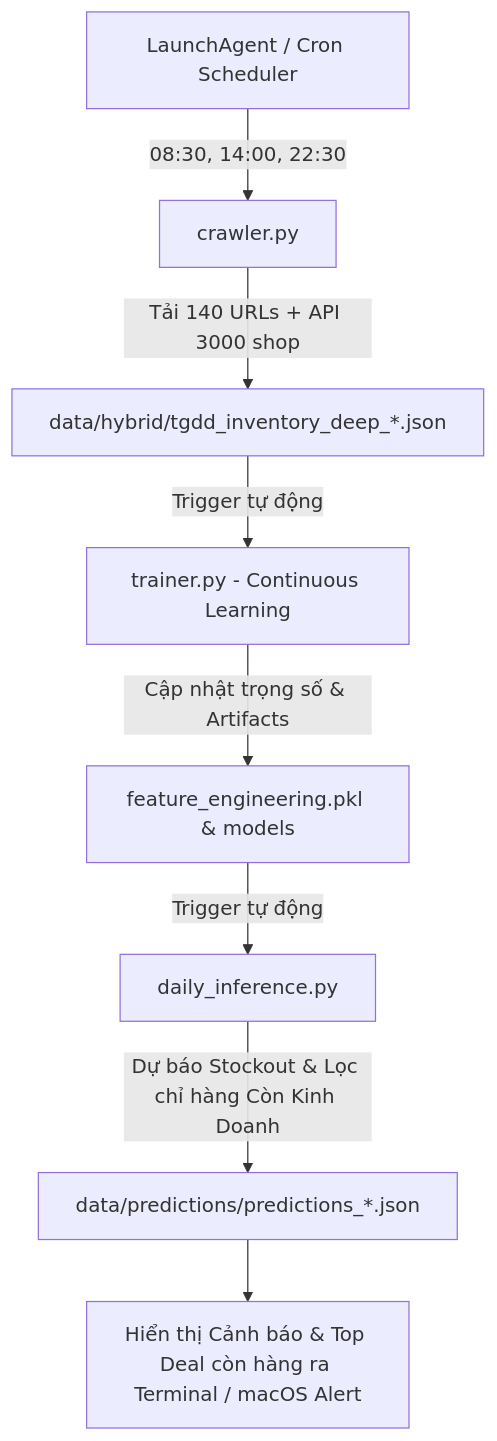
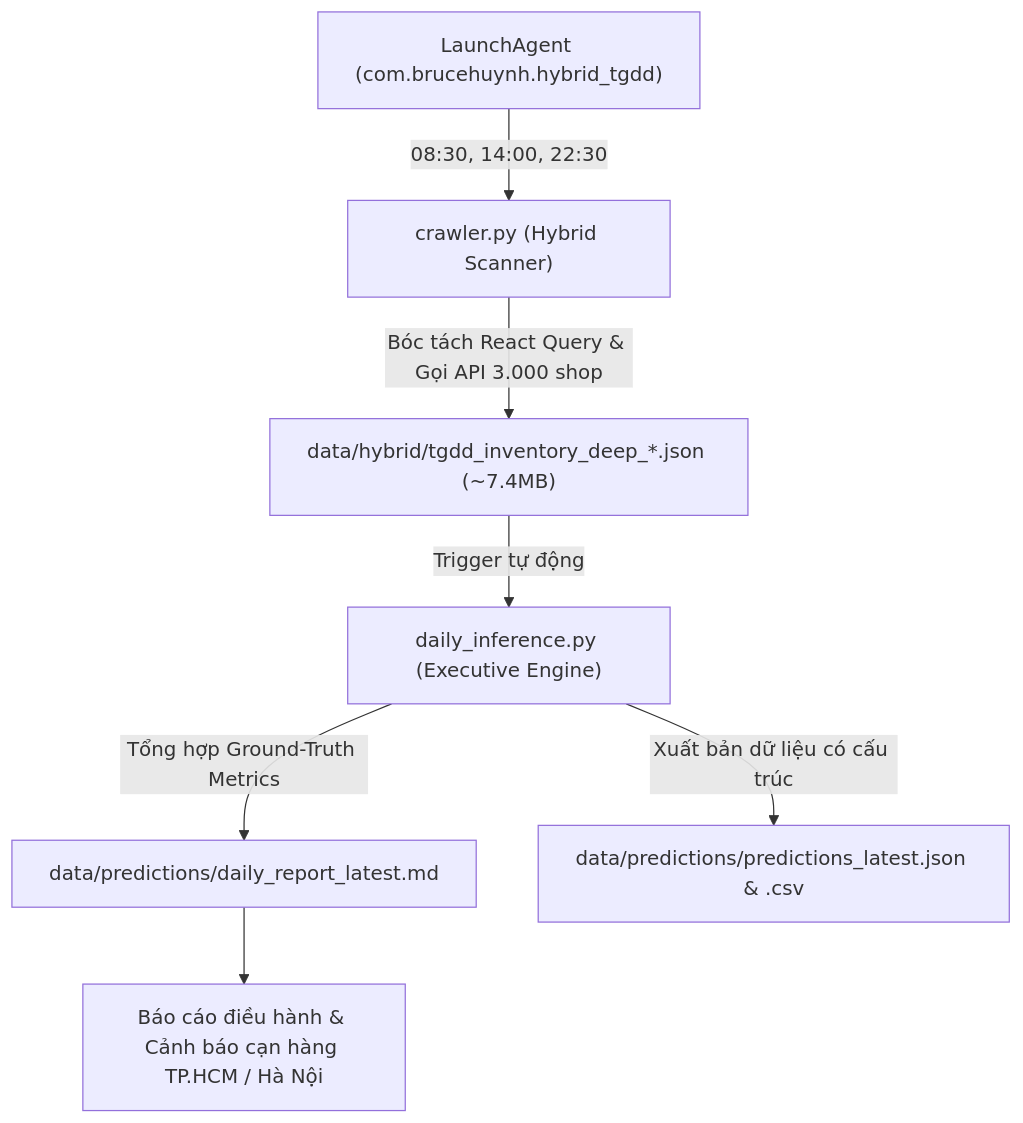
Before and after one commit to tchuynhminhtuan/daily-promotion: the diagram in src/intelligence/README.md, drawn with Mermaid. The commit also changed other lines of this file and 24 other files, not shown here.

First line of the commit message:
refactor(intelligence): remove static ML models, switch to ground-truth reporting

````diff
--- a/src/intelligence/README.md
+++ b/src/intelligence/README.md
@@ -43,10 +33,9 @@
 ```mermaid
 graph TD
-    A[LaunchAgent / Cron Scheduler] -->|08:30, 14:00, 22:30| B[crawler.py]
-    B -->|Tải 140 URLs + API 3000 shop| C[data/hybrid/tgdd_inventory_deep_*.json]
-    C -->|Trigger tự động| D[trainer.py - Continuous Learning]
-    D -->|Cập nhật trọng số & Artifacts| E[feature_engineering.pkl & models]
-    E -->|Trigger tự động| F[daily_inference.py]
-    F -->|Dự báo Stockout & Lọc chỉ hàng Còn Kinh Doanh| G[data/predictions/predictions_*.json]
-    G --> H[Hiển thị Cảnh báo & Top Deal còn hàng ra Terminal / macOS Alert]
+    A["LaunchAgent (com.brucehuynh.hybrid_tgdd)"] -->|08:30, 14:00, 22:30| B["crawler.py (Hybrid Scanner)"]
+    B -->|Bóc tách React Query & Gọi API 3.000 shop| C["data/hybrid/tgdd_inventory_deep_*.json (~7.4MB)"]
+    C -->|Trigger tự động| D["daily_inference.py (Executive Engine)"]
+    D -->|Tổng hợp Ground-Truth Metrics| E["data/predictions/daily_report_latest.md"]
+    D -->|Xuất bản dữ liệu có cấu trúc| F["data/predictions/predictions_latest.json & .csv"]
+    E --> G["Báo cáo điều hành & Cảnh báo cạn hàng TP.HCM / Hà Nội"]
 ```
````
